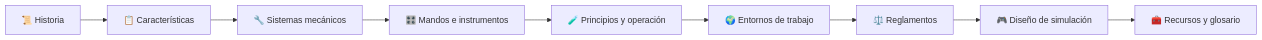
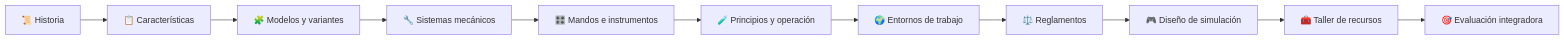
Before and after one commit to vladimiracunadev-create/machine-operator-program: the first of 2 diagrams in docs/08-guia-de-estilo-y-curso.md, drawn with Mermaid. The commit also changed other lines of this file and 590 other files, not shown here.

````diff
--- a/docs/08-guia-de-estilo-y-curso.md
+++ b/docs/08-guia-de-estilo-y-curso.md
@@ -19,11 +19,13 @@
 ```mermaid
 flowchart LR
     H[📜 Historia] --> C[📋 Características]
-    C --> S[🔧 Sistemas mecánicos]
+    C --> V[🧩 Modelos y variantes]
+    V --> S[🔧 Sistemas mecánicos]
     S --> M[🎛️ Mandos e instrumentos]
     M --> P[🧪 Principios y operación]
     P --> E[🌍 Entornos de trabajo]
     E --> R[⚖️ Reglamentos]
     R --> D[🎮 Diseño de simulación]
-    D --> X[🧰 Recursos y glosario]
+    D --> X[🧰 Taller de recursos]
+    X --> A[🎯 Evaluación integradora]
 ```
````
